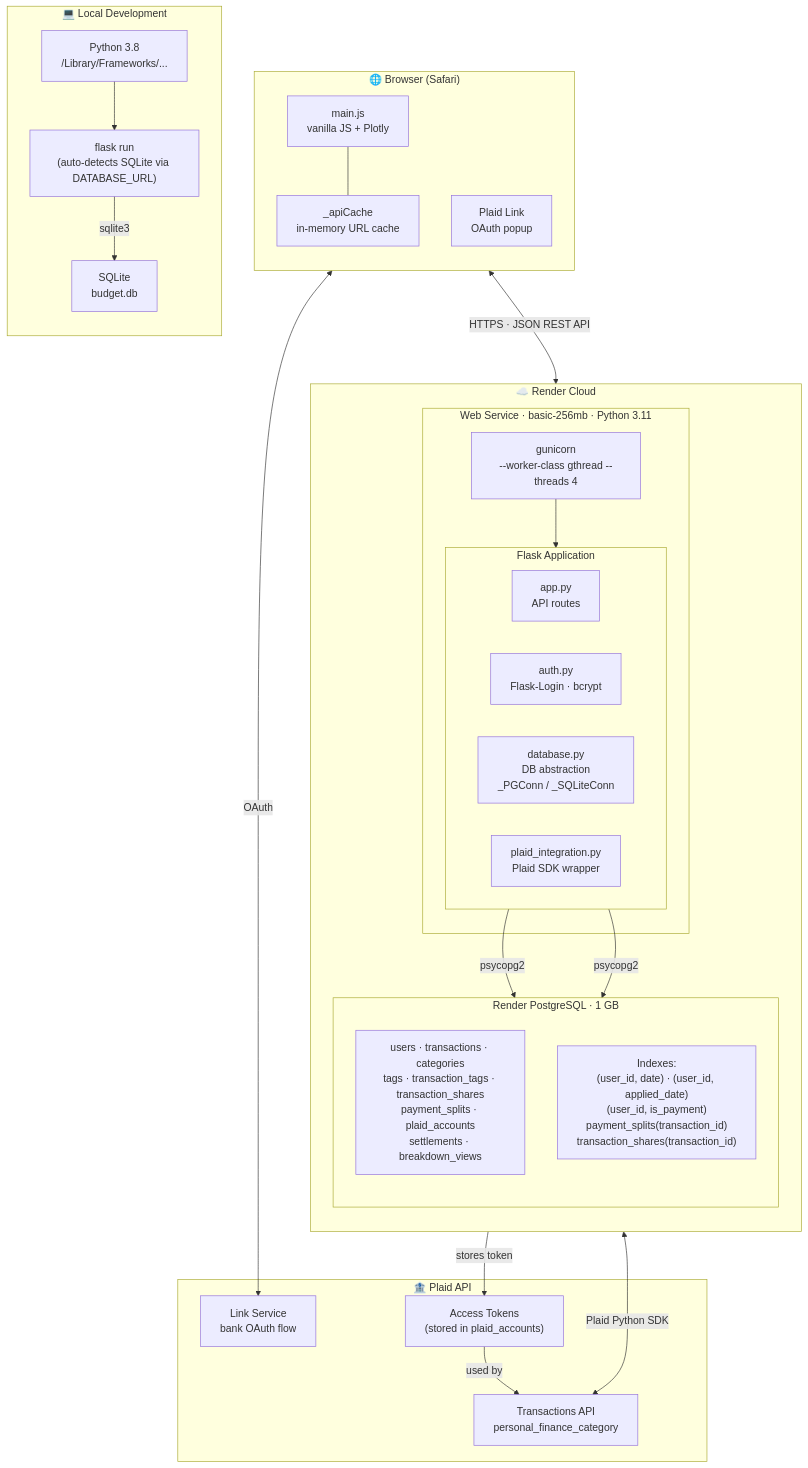
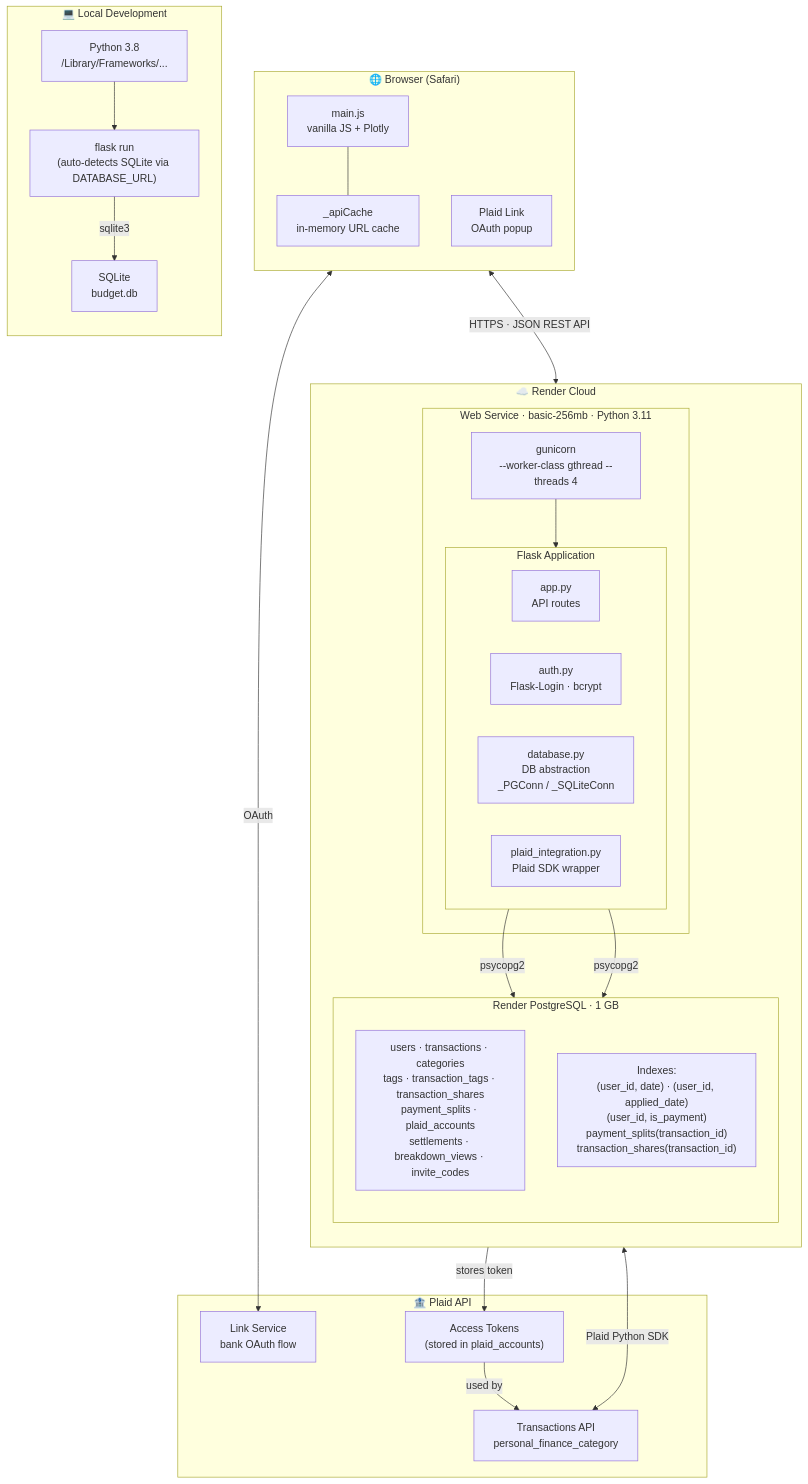
Before and after one commit to ryanmcg86/budget-tracker: the diagram in INFRASTRUCTURE.md, drawn with Mermaid. The commit also changed other lines of this file and 5 other files, not shown here.

````diff
--- a/INFRASTRUCTURE.md
+++ b/INFRASTRUCTURE.md
@@ -5,59 +5,59 @@
 ```mermaid
 graph TB
 
     subgraph Browser["🌐 Browser (Safari)"]
         direction TB
         JS["main.js\nvanilla JS + Plotly"]
         Cache["_apiCache\nin-memory URL cache"]
         PlaidLink["Plaid Link\nOAuth popup"]
         JS --- Cache
     end
 
     subgraph Render["☁️ Render Cloud"]
         direction TB
 
         subgraph WebService["Web Service  ·  basic-256mb  ·  Python 3.11"]
             Gunicorn["gunicorn\n--worker-class gthread --threads 4"]
 
             subgraph Flask["Flask Application"]
                 direction LR
                 AppPy["app.py\nAPI routes"]
                 AuthPy["auth.py\nFlask-Login · bcrypt"]
                 DBPy["database.py\nDB abstraction\n_PGConn / _SQLiteConn"]
                 PlaidPy["plaid_integration.py\nPlaid SDK wrapper"]
             end
 
             Gunicorn --> Flask
         end
 
         subgraph RenderDB["Render PostgreSQL  ·  1 GB"]
             direction TB
-            Tables["users · transactions · categories\ntags · transaction_tags · transaction_shares\npayment_splits · plaid_accounts\nsettlements · breakdown_views"]
+            Tables["users · transactions · categories\ntags · transaction_tags · transaction_shares\npayment_splits · plaid_accounts\nsettlements · breakdown_views · invite_codes"]
             Indexes["Indexes:\n(user_id, date) · (user_id, applied_date)\n(user_id, is_payment)\npayment_splits(transaction_id)\ntransaction_shares(transaction_id)"]
         end
 
         AppPy -->|psycopg2| RenderDB
         DBPy -->|psycopg2| RenderDB
     end
 
     subgraph PlaidAPI["🏦 Plaid API"]
         LinkService["Link Service\nbank OAuth flow"]
         TxnAPI["Transactions API\npersonal_finance_category"]
         AccessTokens["Access Tokens\n(stored in plaid_accounts)"]
     end
 
     subgraph LocalDev["💻 Local Development"]
         direction TB
         SQLiteDB["SQLite\nbudget.db"]
         Py38["Python 3.8\n/Library/Frameworks/..."]
         DevServer["flask run\n(auto-detects SQLite via DATABASE_URL)"]
         Py38 --> DevServer
         DevServer -->|sqlite3| SQLiteDB
     end
 
     Browser <-->|"HTTPS · JSON REST API"| Gunicorn
     PlaidLink <-->|"OAuth"| LinkService
     AppPy <-->|"Plaid Python SDK"| TxnAPI
     AppPy -->|"stores token"| AccessTokens
     AccessTokens -->|"used by"| TxnAPI
 ```
````
